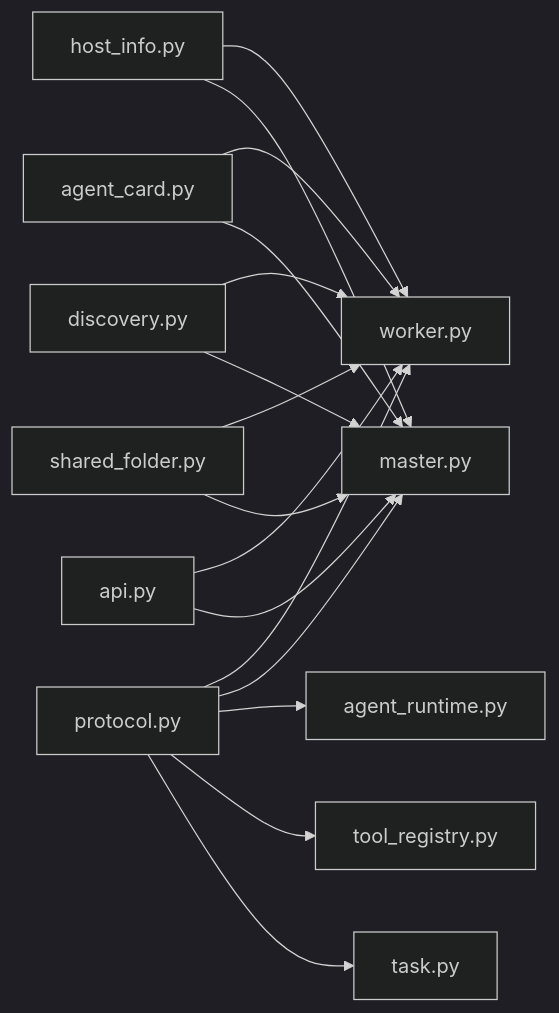
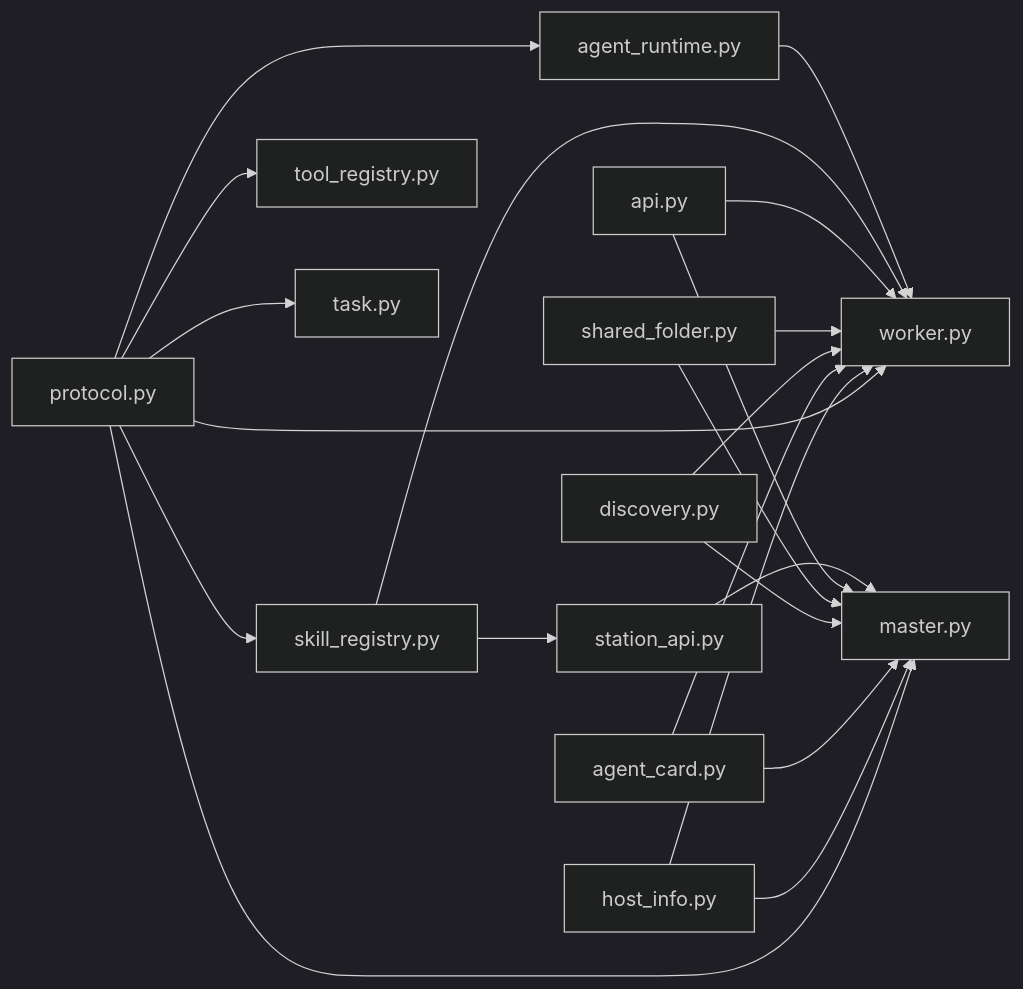
Before and after one commit to targalian/Personal-distributed-workstation: the fifth of 5 diagrams in .qoder/repowiki/zh/content/架构设计/Worker 代理/Agent 能力声明系统/Agent 能力声明系统.md, drawn with Mermaid (dark theme). The commit also changed other lines of this file and 92 other files, not shown here.

````diff
--- a/.qoder/repowiki/zh/content/架构设计/Worker 代理/Agent 能力声明系统/Agent 能力声明系统.md
+++ b/.qoder/repowiki/zh/content/架构设计/Worker 代理/Agent 能力声明系统/Agent 能力声明系统.md
@@ -296,18 +342,23 @@
 ```mermaid
 graph LR
 Protocol["protocol.py"] --> Worker["worker.py"]
 Protocol --> Master["master.py"]
 Protocol --> AgentRuntime["agent_runtime.py"]
+Protocol --> SkillRegistry["skill_registry.py"]
 Protocol --> ToolRegistry["tool_registry.py"]
 Protocol --> TaskDAG["task.py"]
 HostInfo["host_info.py"] --> Worker
 HostInfo --> Master
 AgentCard["agent_card.py"] --> Worker
 AgentCard --> Master
 Discovery["discovery.py"] --> Worker
 Discovery --> Master
 SharedFolder["shared_folder.py"] --> Worker
 SharedFolder --> Master
 API["api.py"] --> Worker
 API --> Master
+StationAPI["station_api.py"] --> Master
+SkillRegistry --> StationAPI
+SkillRegistry --> Worker
+AgentRuntime --> Worker
 ```
````
